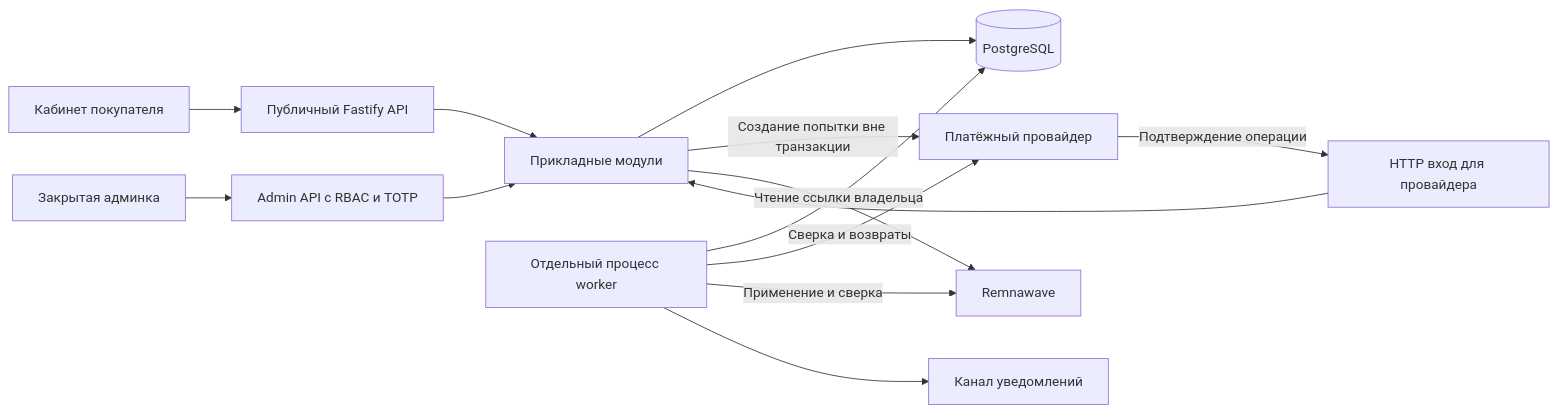
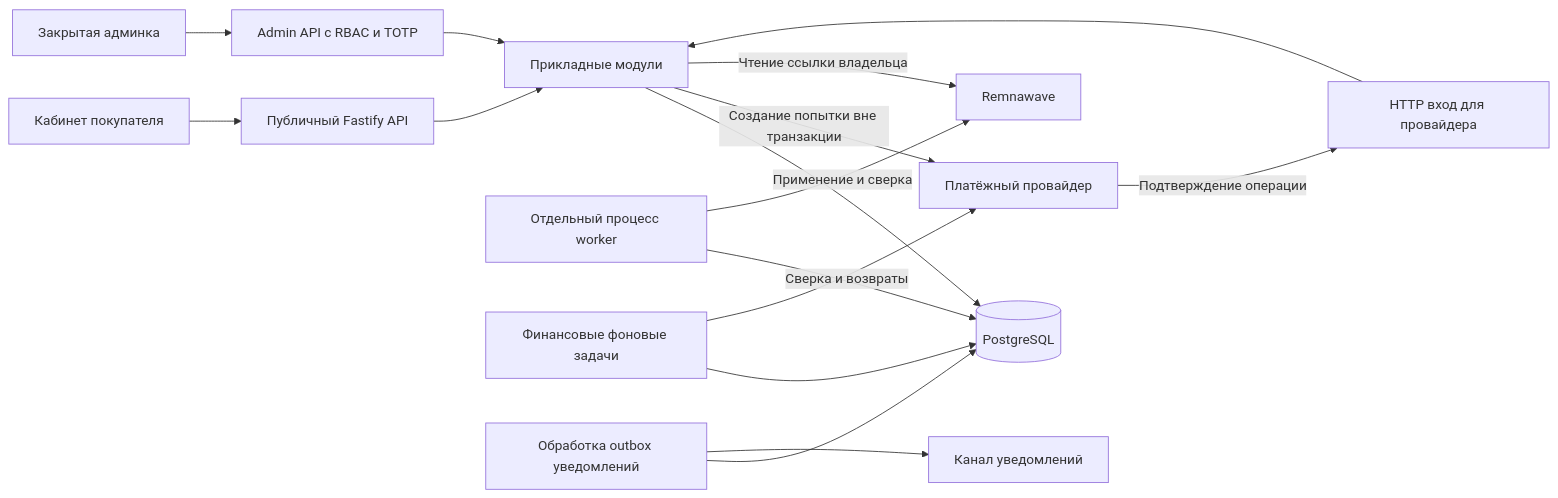
One commit to skrskr7799-design/Vpnshop changed the diagram in docs/architecture.md. Above: the diagram before and after it, drawn with Mermaid. The commit also changed other lines of this file and 1 other file, not shown here.

Commit message:
Consolidate MZT architecture and implementation roadmap

````diff
--- a/docs/architecture.md
+++ b/docs/architecture.md
@@ -11,16 +11,18 @@
 ```mermaid
 flowchart LR
     Web[Кабинет покупателя] --> Public[Публичный Fastify API]
     Staff[Закрытая админка] --> Admin[Admin API с RBAC и TOTP]
     Provider[Платёжный провайдер] -->|Подтверждение операции| Inbox[HTTP вход для провайдера]
     Public --> Core[Прикладные модули]
     Admin --> Core
     Inbox --> Core
     Core --> PG[(PostgreSQL)]
     Worker[Отдельный процесс worker] --> PG
     Core -->|Создание попытки вне транзакции| Provider
-    Worker -->|Сверка и возвраты| Provider
+    Billing[Финансовые фоновые задачи] --> PG
+    Billing -->|Сверка и возвраты| Provider
     Worker -->|Применение и сверка| Panel[Remnawave]
     Core -->|Чтение ссылки владельца| Panel
-    Worker --> Mail[Канал уведомлений]
+    Notify[Обработка outbox уведомлений] --> PG
+    Notify --> Mail[Канал уведомлений]
 ```
````
